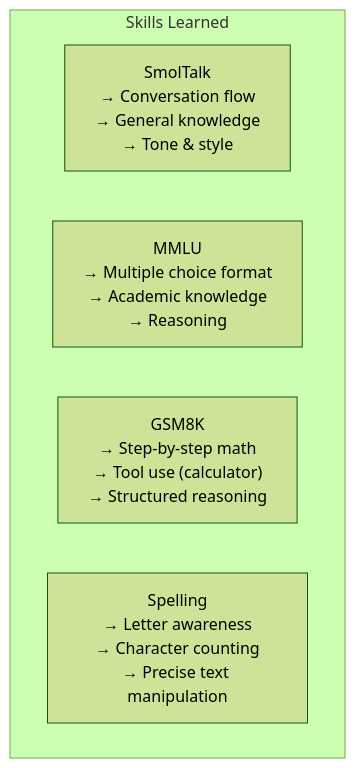
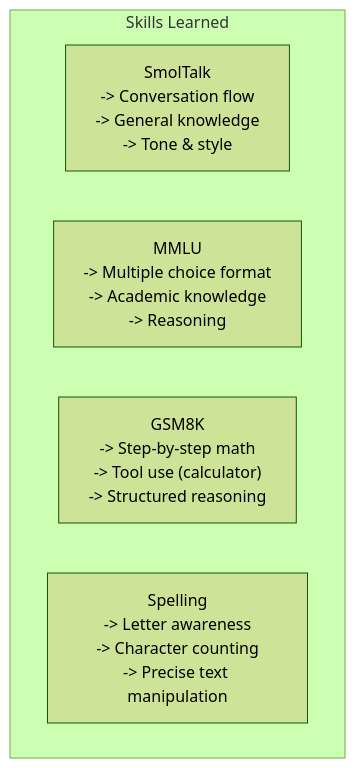
One commit to meever/nanochat changed the sixth of 7 diagrams in learn/09_chat_sft_rl.md. Above: the diagram before and after it, drawn with Mermaid (forest theme). The commit also changed other lines of this file and 11 other files, not shown here.

````diff
--- a/learn/09_chat_sft_rl.md
+++ b/learn/09_chat_sft_rl.md
@@ -224,9 +224,9 @@
 ```mermaid
 flowchart TD
   subgraph Skills["Skills Learned"]
-    SmolTalk2["SmolTalk\n→ Conversation flow\n→ General knowledge\n→ Tone & style"]
-    MMLU2["MMLU\n→ Multiple choice format\n→ Academic knowledge\n→ Reasoning"]
-    GSM2["GSM8K\n→ Step-by-step math\n→ Tool use (calculator)\n→ Structured reasoning"]
-    Spell2["Spelling\n→ Letter awareness\n→ Character counting\n→ Precise text manipulation"]
+    SmolTalk2["SmolTalk\n-> Conversation flow\n-> General knowledge\n-> Tone & style"]
+    MMLU2["MMLU\n-> Multiple choice format\n-> Academic knowledge\n-> Reasoning"]
+    GSM2["GSM8K\n-> Step-by-step math\n-> Tool use (calculator)\n-> Structured reasoning"]
+    Spell2["Spelling\n-> Letter awareness\n-> Character counting\n-> Precise text manipulation"]
   end
 ```
````
